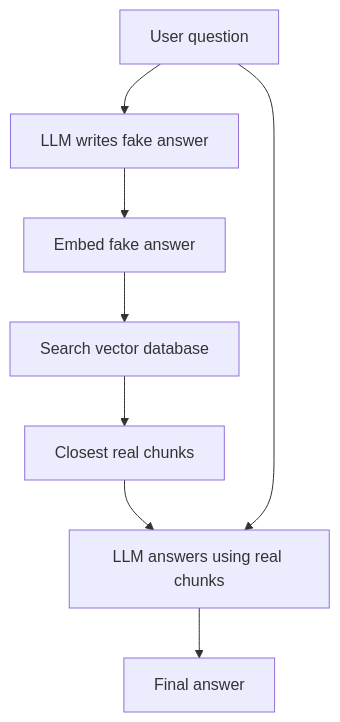
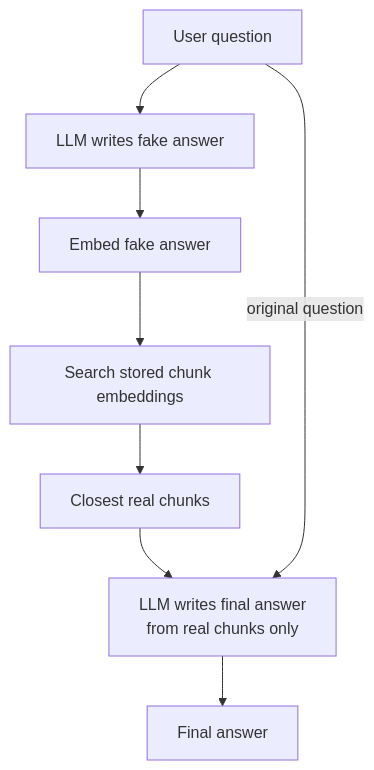
Before and after one commit to kaisarnajar/outcome-school-blogs: the diagram in notes/step-09-vector-search-and-retrieval-augmented-generation-rag/112-how-does-hyde-work.md, drawn with Mermaid. The commit also changed other lines of this file and 233 other files, not shown here.

````diff
--- a/notes/step-09-vector-search-and-retrieval-augmented-generation-rag/112-how-does-hyde-work.md
+++ b/notes/step-09-vector-search-and-retrieval-augmented-generation-rag/112-how-does-hyde-work.md
@@ -47,10 +56,10 @@
 ```mermaid
 flowchart TD
-    Q["User question"] --> F["LLM writes fake answer"]
-    F --> E["Embed fake answer"]
-    E --> S["Search vector database"]
-    S --> C["Closest real chunks"]
-    C --> G["LLM answers using real chunks"]
-    Q --> G
-    G --> A["Final answer"]
+Q1["User question"] --> G1["LLM writes fake answer"]
+G1 --> E1["Embed fake answer"]
+E1 --> S1["Search stored chunk embeddings"]
+S1 --> C1["Closest real chunks"]
+C1 --> F1["LLM writes final answer<br/>from real chunks only"]
+Q1 -->|"original question"| F1
+F1 --> A1["Final answer"]
 ```
````
